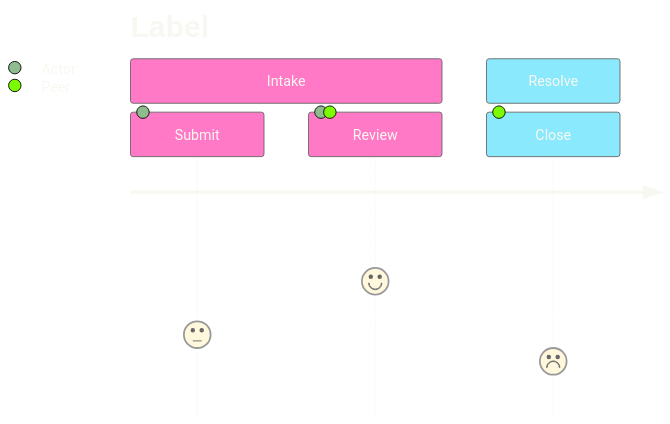
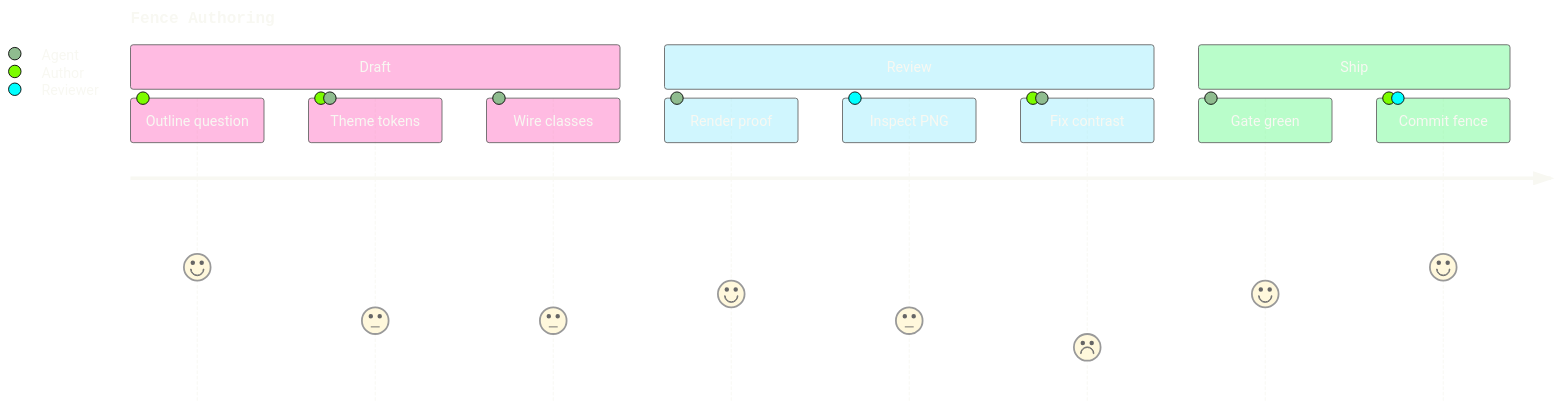
Before and after one commit to bsamiee/Rasm: the third of 25 diagrams in .claude/skills/mermaid-diagramming/references/syntax-extended.md, drawn with Mermaid. The commit also changed other lines of this file and 56 other files, not shown here.

````diff
--- a/.claude/skills/mermaid-diagramming/references/syntax-extended.md
+++ b/.claude/skills/mermaid-diagramming/references/syntax-extended.md
@@ -75,33 +154,50 @@
 ```mermaid
 ---
 config:
   theme: base
   look: classic
+  journey:
+    titleFontFamily: "SF Mono, Menlo, Cascadia Mono, Segoe UI Mono, Consolas, monospace"
+    titleColor: "#F8F8F2"
+    titleFontSize: "18px"
+    taskFontSize: 12
   themeVariables:
     darkMode: true
     fontFamily: "SF Mono, Menlo, Cascadia Mono, Segoe UI Mono, Consolas, monospace"
     useGradient: false
     dropShadow: "none"
     textColor: "#F8F8F2"
     titleColor: "#F8F8F2"
-    primaryColor: "#44475A"
-    primaryTextColor: "#F8F8F2"
-    fillType0: "#FF79C6"
-    fillType1: "#8BE9FD"
-    fillType2: "#50FA7B"
-    fillType3: "#FFB86C"
-    fillType4: "#BD93F9"
-    fillType5: "#FF5555"
-    fillType6: "#FFD866"
+    faceColor: "#FFD86654"
+    actor0: "#BD93F9"
+    actor1: "#8BE9FD"
+    actor2: "#50FA7B"
+    actor3: "#FFB86C"
+    actor4: "#FF79C6"
+    actor5: "#6272A4"
+    fillType0: "#FF79C680"
+    fillType1: "#8BE9FD66"
+    fillType2: "#50FA7B66"
+    fillType3: "#FFB86C66"
+    fillType4: "#BD93F980"
+    fillType5: "#FF555580"
+    fillType6: "#FFD86654"
     fillType7: "#6272A4"
+  themeCSS: ".face{fill:#FFD86654;stroke:#FFD866;stroke-width:1px}.mouth{fill:#F8F8F2;stroke:none}circle[fill='#666']{fill:#F8F8F2;stroke:#F8F8F2}.task-line{stroke:#6272A4;stroke-dasharray:4 6}line{stroke:#6272A4}[id$='-arrowhead'] path{fill:#6272A4}circle[class^='actor-']{stroke:#282A36;r:5.25px}"
 ---
 journey
-  accTitle: Journey demo
-  accDescr: Two intake steps and a close scored across actor and peer.
-  title Label
-  section Intake
-    Submit: 3: Actor
-    Review: 5: Actor, Peer
-  section Resolve
-    Close: 2: Peer
+  accTitle: Fence authoring journey
+  accDescr: An author, agent, and reviewer scored across drafting, review, and shipping a themed fence.
+  title Fence Authoring
+  section Draft
+    Outline question: 5: Author
+    Theme tokens: 3: Author, Agent
+    Wire classes: 3: Agent
+  section Review
+    Render proof: 4: Agent
+    Inspect PNG: 3: Reviewer
+    Fix contrast: 2: Author, Agent
+  section Ship
+    Gate green: 4: Agent
+    Commit fence: 5: Author, Reviewer
 ```
````
